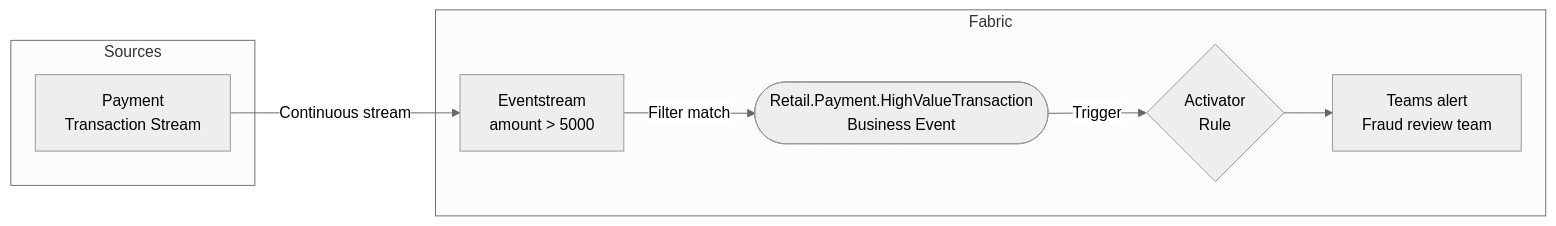
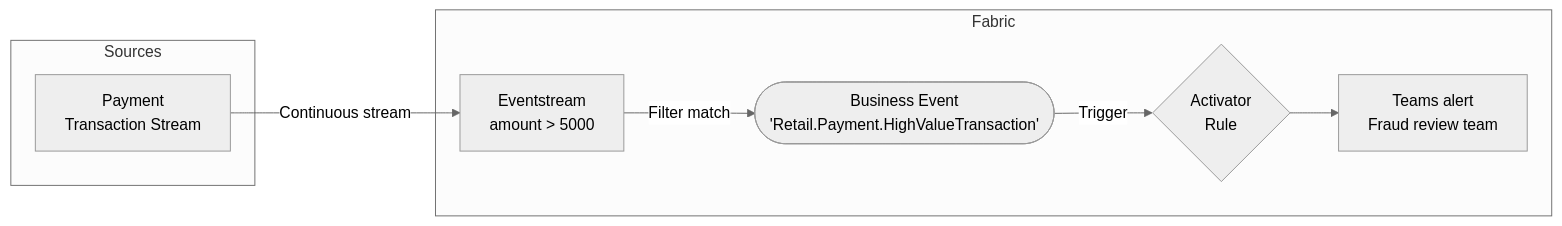
Before and after one commit to microsoft/fabric-events: the first of 2 diagrams in docs/business-events/scenarios/scenario-03-high-value-transaction/README.md, drawn with Mermaid (neutral theme). The commit also changed other lines of this file and 9 other files, not shown here.

First line of the commit message:
Standardize Business Event diagram nodes across all articles

````diff
--- a/docs/business-events/scenarios/scenario-03-high-value-transaction/README.md
+++ b/docs/business-events/scenarios/scenario-03-high-value-transaction/README.md
@@ -19,18 +19,18 @@
 ```mermaid
 flowchart LR
     subgraph Sources
         PS[Payment\nTransaction Stream]
     end
 
     subgraph Fabric
         ES[Eventstream\namount > 5000]
-        BE([Retail.Payment.HighValueTransaction\nBusiness Event])
+        BE([Business Event\n'Retail.Payment.HighValueTransaction'])
         ACT{Activator\nRule}
         TEAMS[Teams alert\nFraud review team]
     end
 
     PS -->|Continuous stream| ES
     ES -->|Filter match| BE
     BE -->|Trigger| ACT
     ACT --> TEAMS
 ```
````
